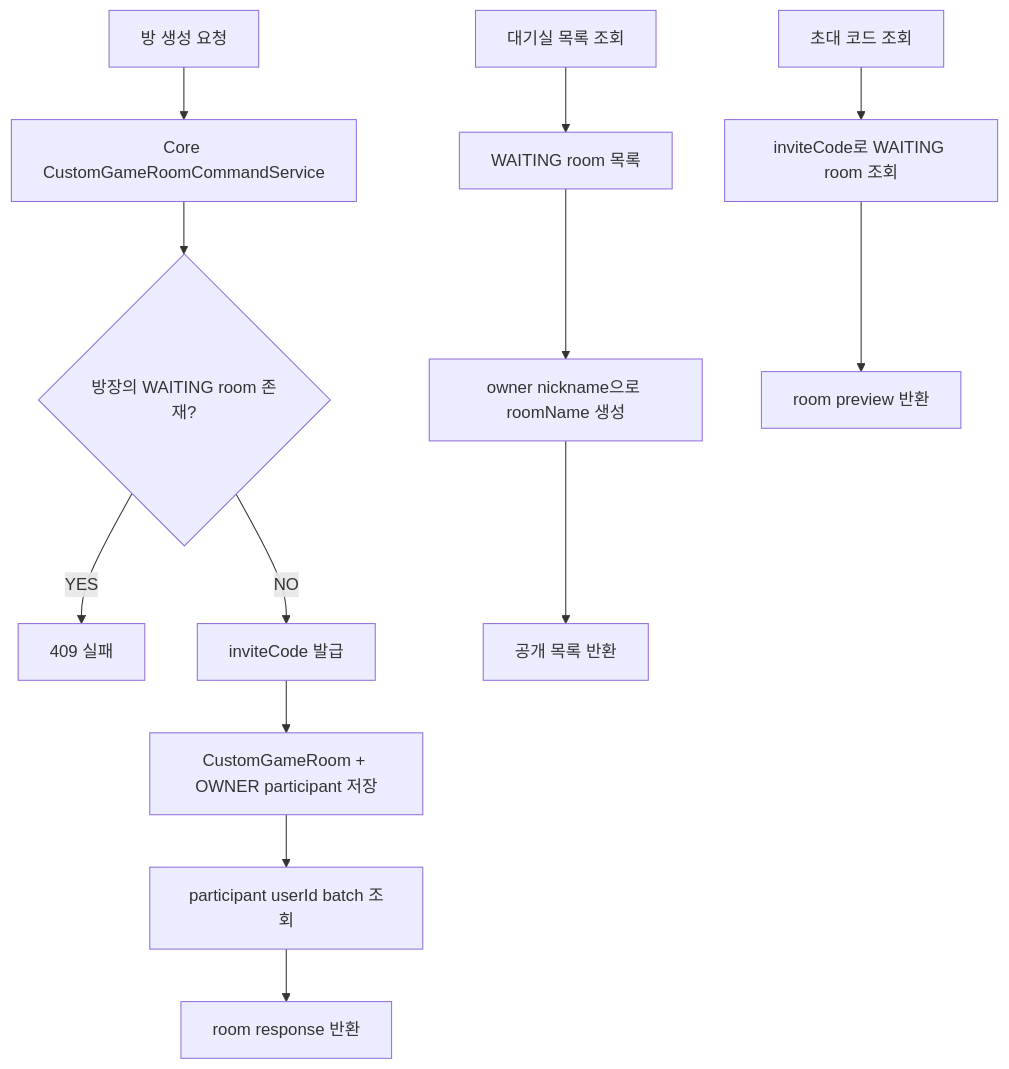
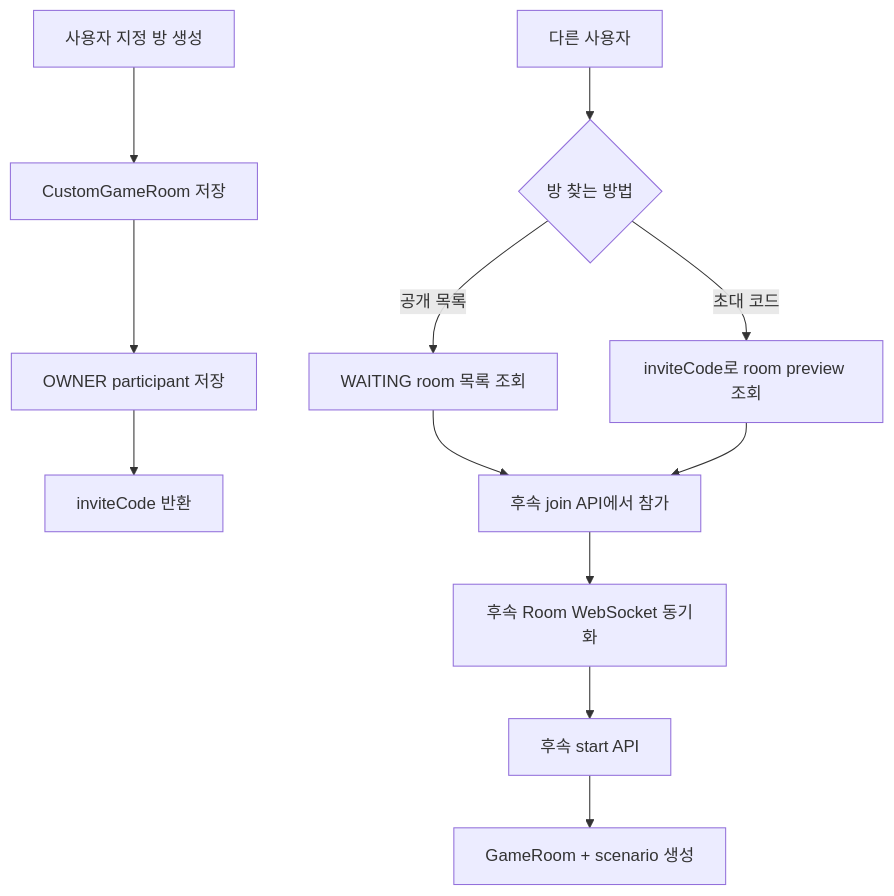
The second of 4 diagrams in docs/antigravity/backend/issue-124-custom-room-create-read-api.md (moonwhistle/League-of-Star), drawn with Mermaid before and after one commit. The commit also changed other lines of this file, not shown here.

````diff
--- a/docs/antigravity/backend/issue-124-custom-room-create-read-api.md
+++ b/docs/antigravity/backend/issue-124-custom-room-create-read-api.md
@@ -352,17 +354,16 @@
 ```mermaid
 flowchart TD
-    A["방 생성 요청"] --> B["Core CustomGameRoomCommandService"]
-    B --> C{"방장의 WAITING room 존재?"}
-    C -->|YES| D["409 실패"]
-    C -->|NO| E["inviteCode 발급"]
-    E --> F["CustomGameRoom + OWNER participant 저장"]
-    F --> G["participant userId batch 조회"]
-    G --> H["room response 반환"]
+    A["사용자 지정 방 생성"] --> B["CustomGameRoom 저장"]
+    B --> C["OWNER participant 저장"]
+    C --> D["inviteCode 반환"]
 
-    I["대기실 목록 조회"] --> J["WAITING room 목록"]
-    J --> K["owner nickname으로 roomName 생성"]
-    K --> L["공개 목록 반환"]
+    E["다른 사용자"] --> F{"방 찾는 방법"}
+    F -->|공개 목록| G["WAITING room 목록 조회"]
+    F -->|초대 코드| H["inviteCode로 room preview 조회"]
 
-    M["초대 코드 조회"] --> N["inviteCode로 WAITING room 조회"]
-    N --> O["room preview 반환"]
+    G --> I["후속 join API에서 참가"]
+    H --> I
+    I --> J["후속 Room WebSocket 동기화"]
+    J --> K["후속 start API"]
+    K --> L["GameRoom + scenario 생성"]
 ```
````
